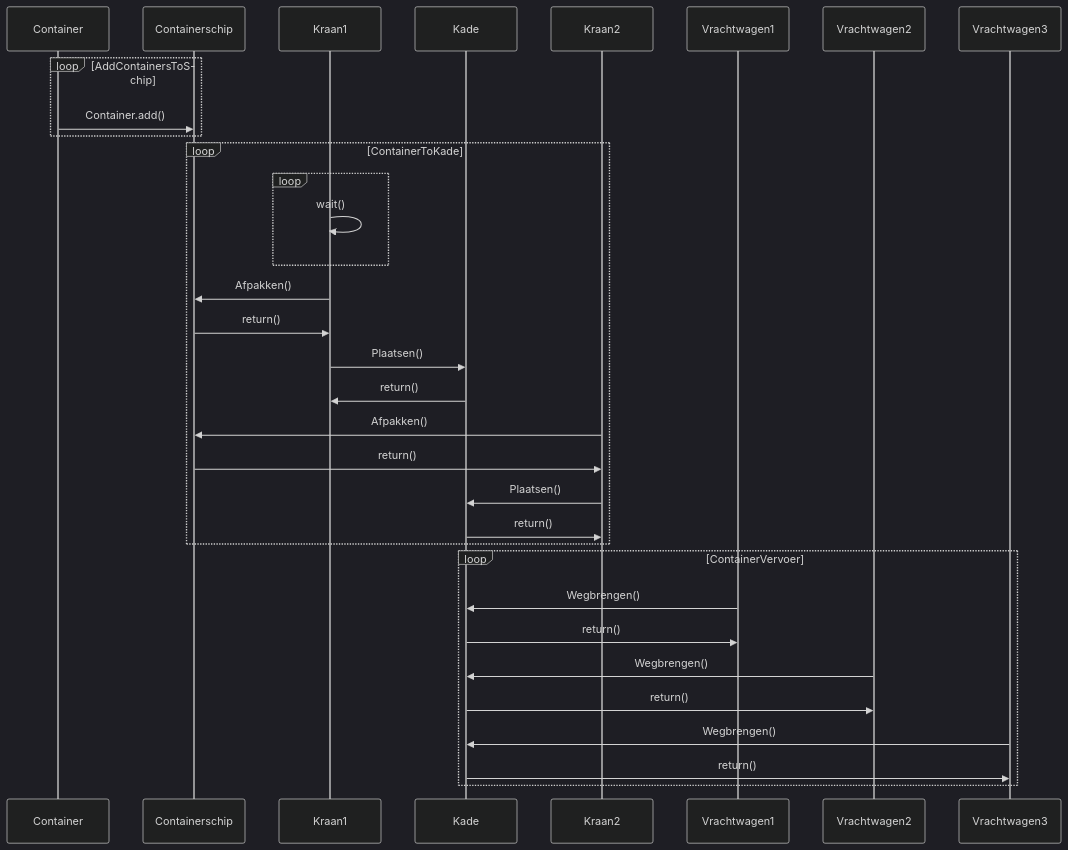
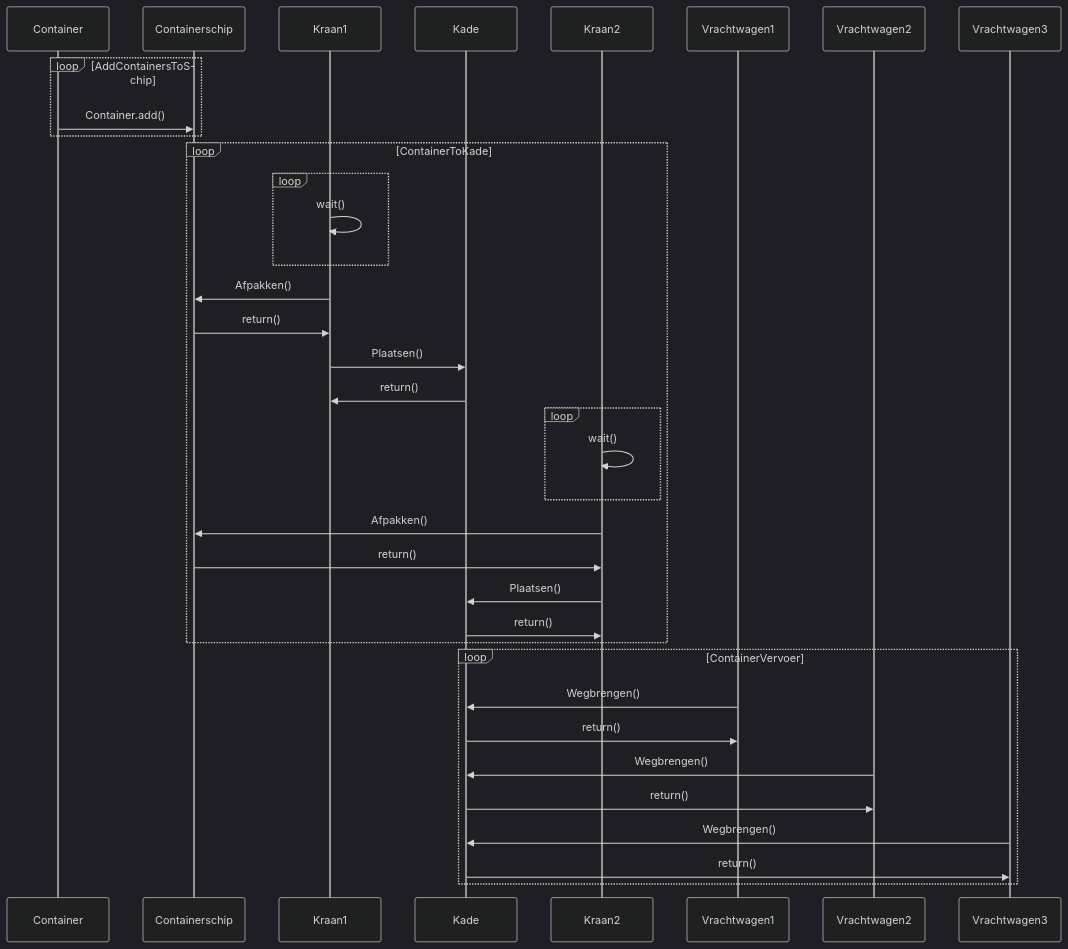
One commit to RockFreakRickerd/SameCodeDifferentLanguagues changed the first of 2 diagrams in ShipQuay/README.md. Above: the diagram before and after it, drawn with Mermaid (dark theme).

````diff
--- a/ShipQuay/README.md
+++ b/ShipQuay/README.md
@@ -5,27 +5,30 @@
 ```mermaid
 sequenceDiagram
 loop AddContainersToSchip
   Container->>Containerschip: Container.add()
 end
 loop ContainerToKade
   loop
     Kraan1->>Kraan1: wait()
   end
   Kraan1->>Containerschip: Afpakken()
   Containerschip->>Kraan1: return()
   Kraan1->>Kade: Plaatsen()
   Kade->>Kraan1: return()
+  loop
+    Kraan2->>Kraan2: wait()
+  end
   Kraan2->>Containerschip: Afpakken()
   Containerschip->>Kraan2: return()
   Kraan2->>Kade: Plaatsen()
   Kade->>Kraan2: return()
 end
 loop ContainerVervoer
   Vrachtwagen1->>Kade: Wegbrengen()
   Kade->>Vrachtwagen1: return()
   Vrachtwagen2->>Kade: Wegbrengen()
   Kade->>Vrachtwagen2: return()
   Vrachtwagen3->>Kade: Wegbrengen()
   Kade->>Vrachtwagen3: return()
 end
 ```
````
